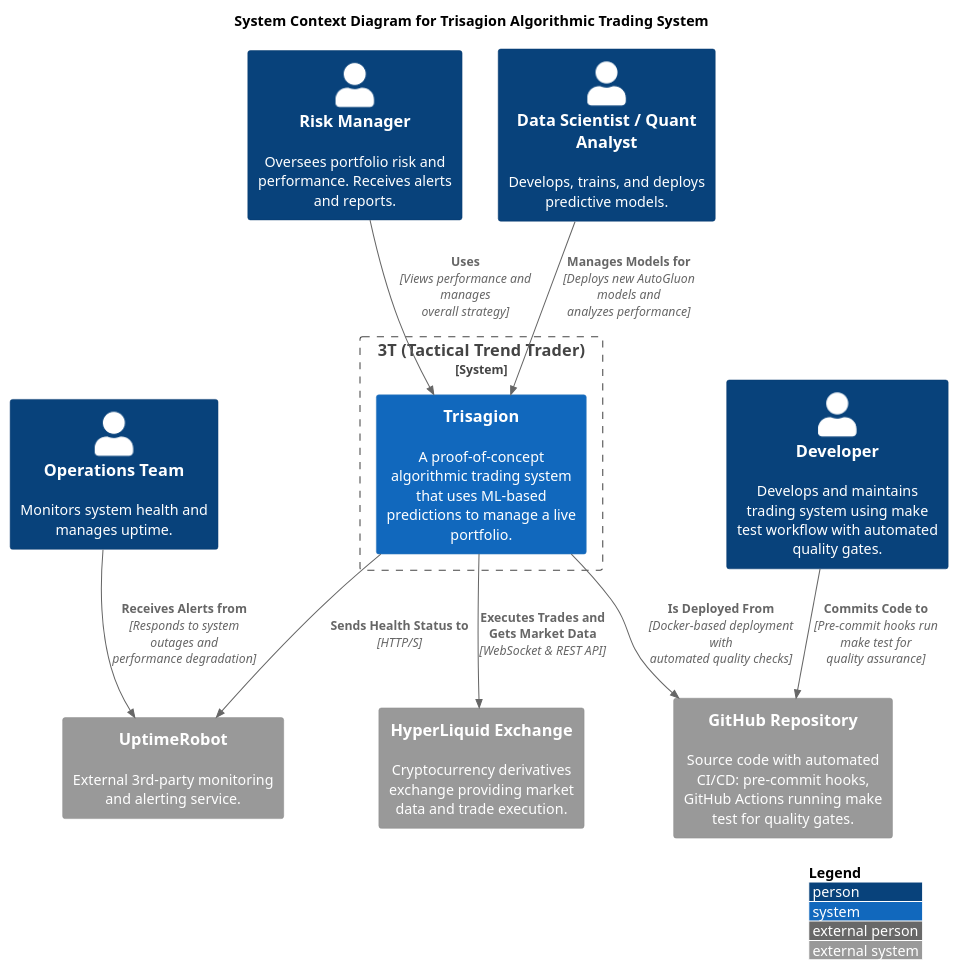
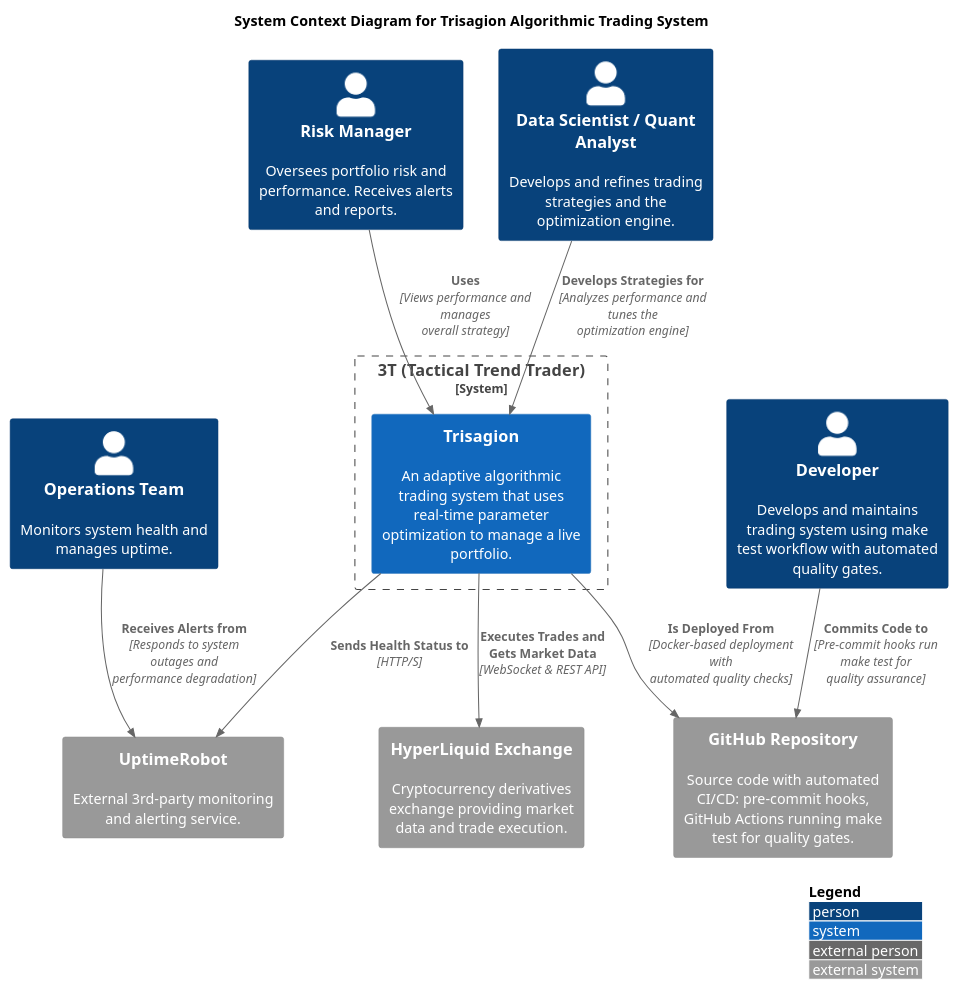
Before and after one commit to tttrisagion/3T: the diagram in docs/arch/level-1-context.puml, drawn with PlantUML. The commit also changed 23 other files, not shown here.

Commit message:
updated diagrams based on latest changes

```diff
--- a/docs/arch/level-1-context.puml
+++ b/docs/arch/level-1-context.puml
@@ -1,31 +1,32 @@
 @startuml trisagion_system_context
+
 !include <C4/C4_Context.puml>
 
 LAYOUT_WITH_LEGEND()
 LAYOUT_TOP_DOWN()
 
 title System Context Diagram for Trisagion Algorithmic Trading System
 
 Person(risk_manager, "Risk Manager", "Oversees portfolio risk and performance. Receives alerts and reports.")
-Person(quant, "Data Scientist / Quant Analyst", "Develops, trains, and deploys predictive models.")
+Person(quant, "Data Scientist / Quant Analyst", "Develops and refines trading strategies and the optimization engine.")
 Person(developer, "Developer", "Develops and maintains trading system using make test workflow with automated quality gates.")
 Person(ops_team, "Operations Team", "Monitors system health and manages uptime.")
 
 System_Ext(hyperliquid, "HyperLiquid Exchange", "Cryptocurrency derivatives exchange providing market data and trade execution.")
 System_Ext(uptime_robot, "UptimeRobot", "External 3rd-party monitoring and alerting service.")
 System_Ext(github_repo, "GitHub Repository", "Source code with automated CI/CD: pre-commit hooks, GitHub Actions running make test for quality gates.")
 
 System_Boundary(c1, "3T (Tactical Trend Trader)") {
-    System(trisagion, "Trisagion", "A proof-of-concept algorithmic trading system that uses ML-based predictions to manage a live portfolio.")
+    System(trisagion, "Trisagion", "An adaptive algorithmic trading system that uses real-time parameter optimization to manage a live portfolio.")
 }
 
 Rel(risk_manager, trisagion, "Uses", "Views performance and manages overall strategy")
-Rel(quant, trisagion, "Manages Models for", "Deploys new AutoGluon models and analyzes performance")
+Rel(quant, trisagion, "Develops Strategies for", "Analyzes performance and tunes the optimization engine")
 Rel(developer, github_repo, "Commits Code to", "Pre-commit hooks run make test for quality assurance")
 Rel(ops_team, uptime_robot, "Receives Alerts from", "Responds to system outages and performance degradation")
 
 Rel(trisagion, hyperliquid, "Executes Trades and Gets Market Data", "WebSocket & REST API")
 Rel(trisagion, uptime_robot, "Sends Health Status to", "HTTP/S")
 Rel(trisagion, github_repo, "Is Deployed From", "Docker-based deployment with automated quality checks")
 
 @enduml
```
